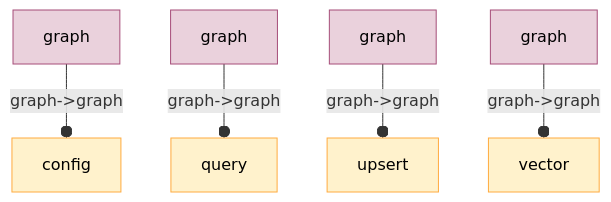
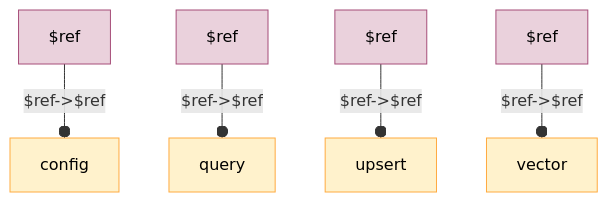
Before and after one commit to breadboard-ai/breadboard: the diagram in seeds/pinecone-kit/docs/graphs/kit.md, drawn with Mermaid. The commit also changed 6 other files, not shown here.

Commit message:
[graph-playground] Start using the new kind of Kit.

````diff
--- a/seeds/pinecone-kit/docs/graphs/kit.md
+++ b/seeds/pinecone-kit/docs/graphs/kit.md
@@ -5,16 +5,16 @@
   ```mermaid
   %%{init: 'themeVariables': { 'fontFamily': 'Fira Code, monospace' }}%%
 graph TD;
-graphconfig[graph]:::config -- "graph->graph" --o config
-graphquery[graph]:::config -- "graph->graph" --o query
-graphupsert[graph]:::config -- "graph->graph" --o upsert
-graphvector[graph]:::config -- "graph->graph" --o vector
+$refconfig[$ref]:::config -- "$ref->$ref" --o config
+$refquery[$ref]:::config -- "$ref->$ref" --o query
+$refupsert[$ref]:::config -- "$ref->$ref" --o upsert
+$refvector[$ref]:::config -- "$ref->$ref" --o vector
 classDef default stroke:#ffab40,fill:#fff2ccff,color:#000
 classDef input stroke:#3c78d8,fill:#c9daf8ff,color:#000
 classDef output stroke:#38761d,fill:#b6d7a8ff,color:#000
 classDef passthrough stroke:#a64d79,fill:#ead1dcff,color:#000
 classDef slot stroke:#a64d79,fill:#ead1dcff,color:#000
 classDef config stroke:#a64d79,fill:#ead1dcff,color:#000
 classDef secrets stroke:#db4437,fill:#f4cccc,color:#000
 classDef slotted stroke:#a64d79
   ```
````
